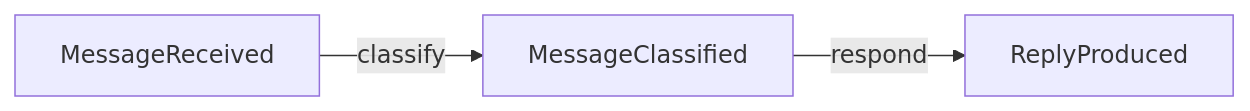
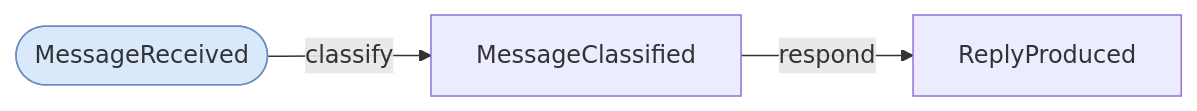
One commit to cadance-io/langgraph-events changed the diagram in README.md. Above: the diagram before and after it, drawn with Mermaid. The commit also changed other lines of this file and 10 other files, not shown here.

First line of the commit message:
Add seed event styling and typed Scatter[T] to mermaid diagrams

````diff
--- a/README.md
+++ b/README.md
@@ -182,5 +182,7 @@
 ```mermaid
 graph LR
+    classDef seed fill:#dae8fc,stroke:#6c8ebf
+    MessageReceived([MessageReceived]):::seed
     MessageReceived -->|classify| MessageClassified
     MessageClassified -->|respond| ReplyProduced
 ```
````
